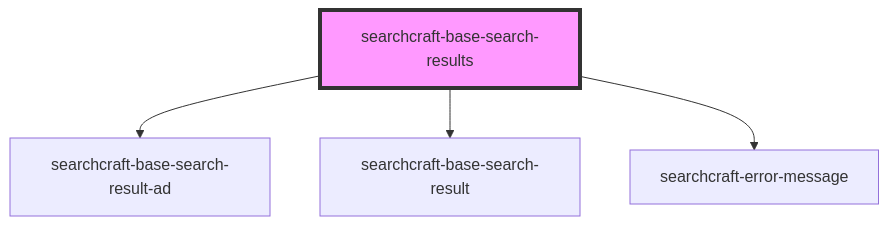
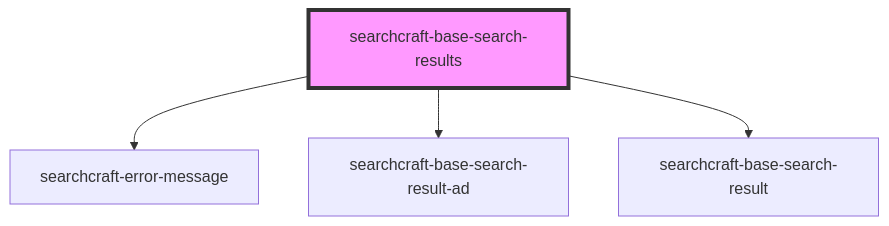
The diagram in packages/javascript-sdk/src/components/searchcraft-base-search-results/readme.md (searchcraft-inc/searchcraft-javascript-sdks), drawn with Mermaid before and after one commit. The commit also changed other lines of this file and 40 other files, not shown here.

````diff
--- a/packages/javascript-sdk/src/components/searchcraft-base-search-results/readme.md
+++ b/packages/javascript-sdk/src/components/searchcraft-base-search-results/readme.md
@@ -71,7 +64,7 @@
 ```mermaid
 graph TD;
+  searchcraft-base-search-results --> searchcraft-error-message
   searchcraft-base-search-results --> searchcraft-base-search-result-ad
   searchcraft-base-search-results --> searchcraft-base-search-result
-  searchcraft-base-search-results --> searchcraft-error-message
   style searchcraft-base-search-results fill:#f9f,stroke:#333,stroke-width:4px
 ```
````
